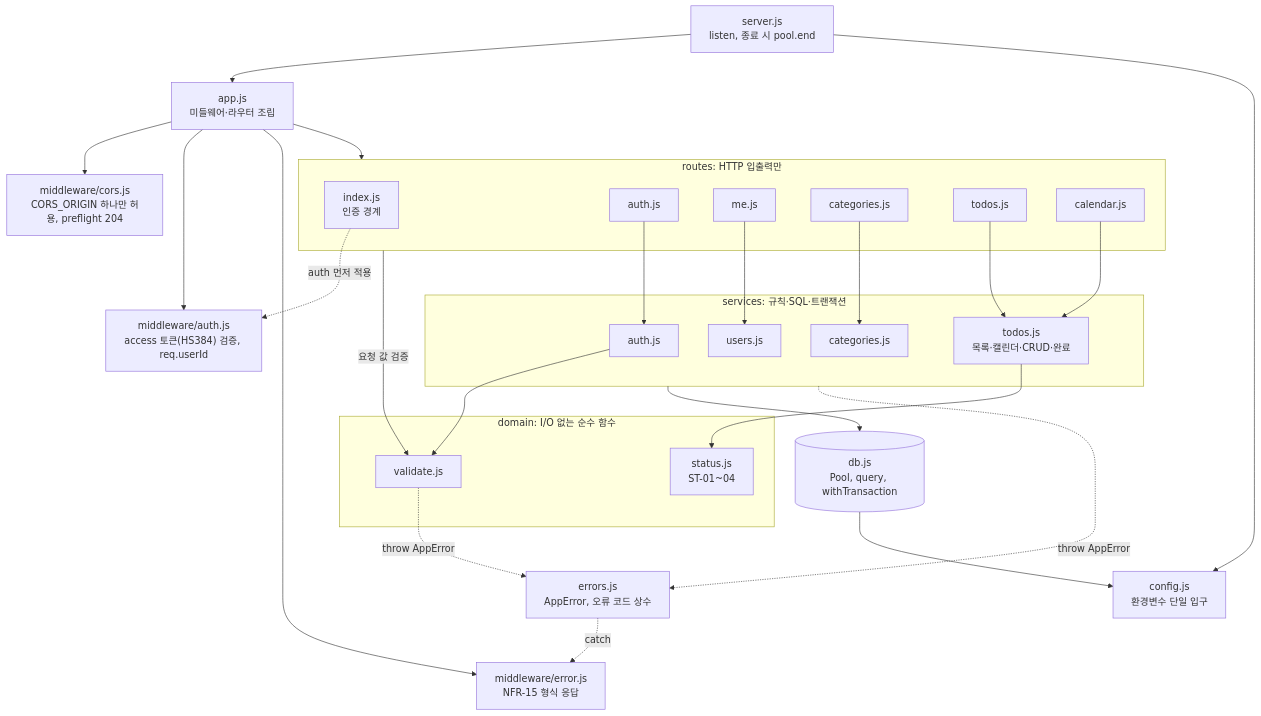
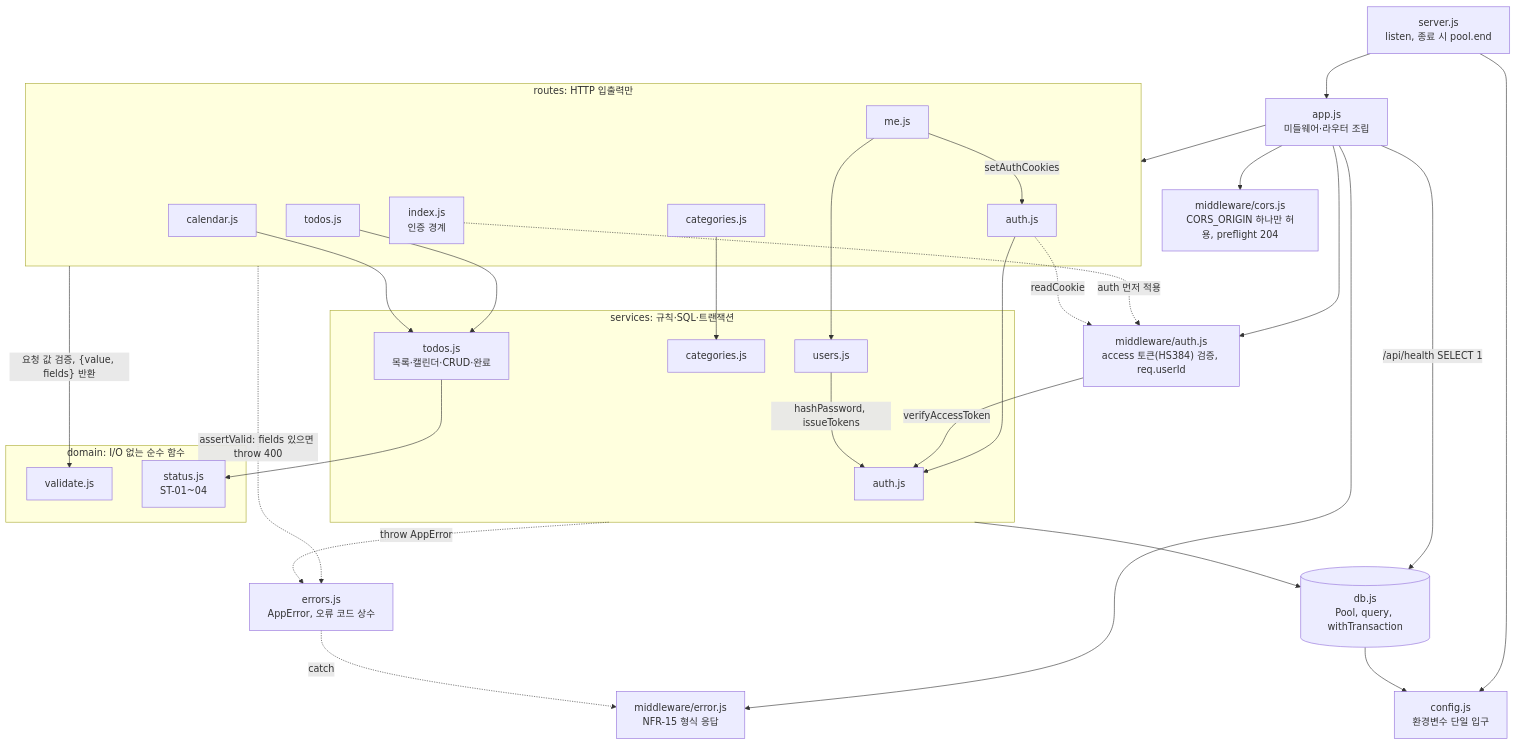
The second of 10 diagrams in docs/6-arch-diagram.md (pomyeong/todolist-app), drawn with Mermaid before and after one commit. The commit also changed other lines of this file and 10 other files, not shown here.

````diff
--- a/docs/6-arch-diagram.md
+++ b/docs/6-arch-diagram.md
@@ -84,48 +90,52 @@
 ```mermaid
 flowchart TB
     SRV["server.js<br/>listen, 종료 시 pool.end"] --> APP["app.js<br/>미들웨어·라우터 조립"]
     SRV --> CFG["config.js<br/>환경변수 단일 입구"]
     APP --> CORSMW["middleware/cors.js<br/>CORS_ORIGIN 하나만 허용, preflight 204"]
     APP --> AUTHMW["middleware/auth.js<br/>access 토큰(HS384) 검증, req.userId"]
     APP --> ERRMW["middleware/error.js<br/>NFR-15 형식 응답"]
     APP --> RT
+    APP -->|"/api/health SELECT 1"| DBJS
 
     subgraph RT["routes: HTTP 입출력만"]
         R0["index.js<br/>인증 경계"]
         R1["auth.js"]
         R2["me.js"]
         R3["categories.js"]
         R4["todos.js"]
         R5["calendar.js"]
     end
 
     subgraph SV["services: 규칙·SQL·트랜잭션"]
         S1["auth.js"]
         S2["users.js"]
         S3["categories.js"]
         S4["todos.js<br/>목록·캘린더·CRUD·완료"]
     end
 
     subgraph DM["domain: I/O 없는 순수 함수"]
         D1["validate.js"]
         D2["status.js<br/>ST-01~04"]
     end
 
     DBJS[("db.js<br/>Pool, query, withTransaction")]
     ERR["errors.js<br/>AppError, 오류 코드 상수"]
 
     R0 -.->|"auth 먼저 적용"| AUTHMW
-    RT -->|"요청 값 검증"| D1
+    RT -->|"요청 값 검증, {value, fields} 반환"| D1
+    RT -.->|"assertValid: fields 있으면 throw 400"| ERR
     R1 --> S1
+    R1 -.->|"readCookie"| AUTHMW
     R2 --> S2
+    R2 -->|"setAuthCookies"| R1
+    AUTHMW -->|"verifyAccessToken"| S1
+    S2 -->|"hashPassword, issueTokens"| S1
     R3 --> S3
     R4 --> S4
     R5 --> S4
     SV --> DBJS
     S4 --> D2
-    S1 --> D1
     SV -.->|"throw AppError"| ERR
-    D1 -.->|"throw AppError"| ERR
     ERR -.->|"catch"| ERRMW
     DBJS --> CFG
 ```
````
